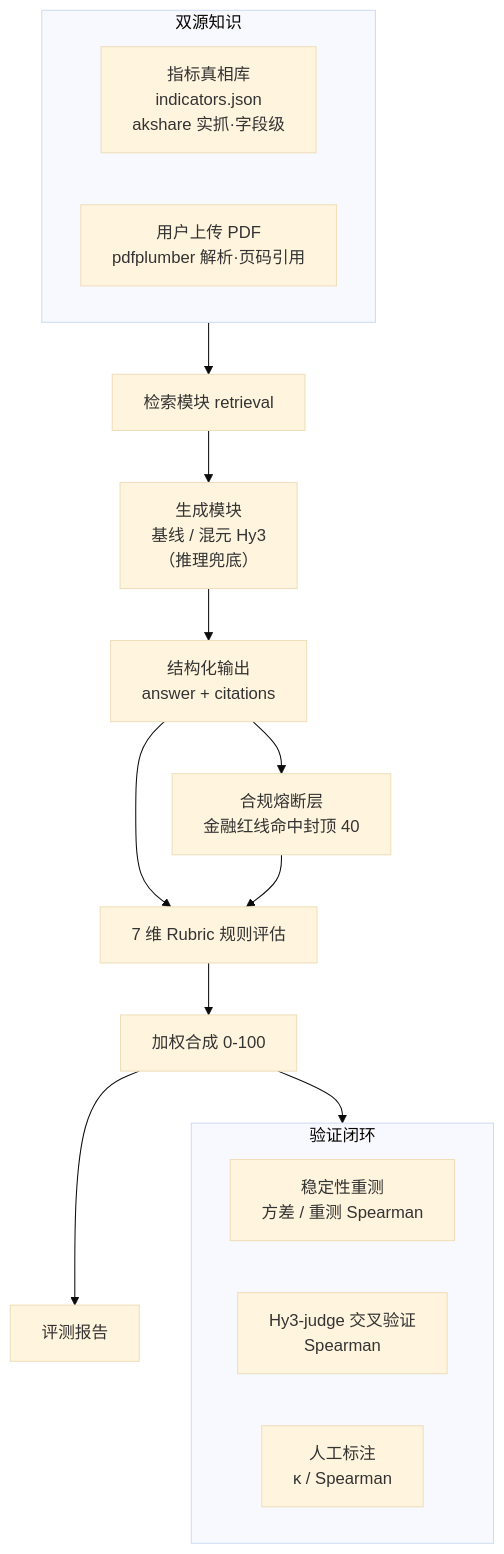
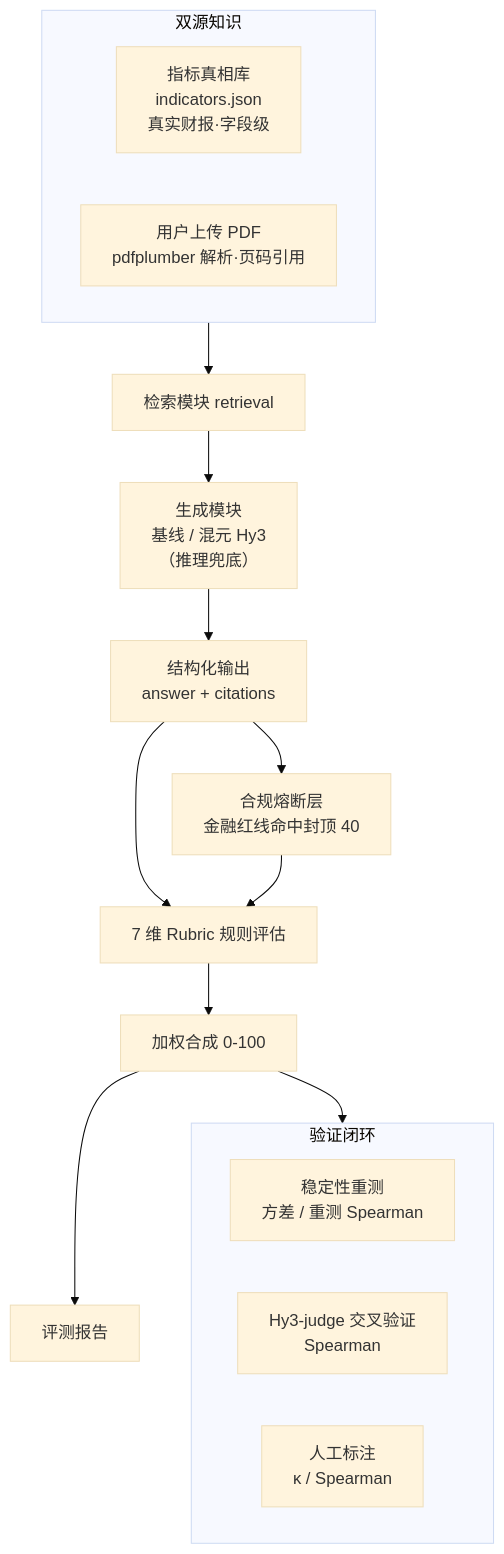
The diagram in README.md (sh1ro676/HyFinEval), drawn with Mermaid (base theme) before and after one commit. The commit also changed other lines of this file and 4 other files, not shown here.

Commit message:
新增腾讯控股(00700.HK)真实年报数据：indicators.json 三年度、data_store 补中文名并放宽代码正则、README 说明港股口径映射

````diff
--- a/README.md
+++ b/README.md
@@ -41,21 +41,21 @@
 ```mermaid
 flowchart TB
     subgraph KNOW[双源知识]
-        IND[指标真相库<br/>indicators.json<br/>akshare 实抓·字段级]
+        IND[指标真相库<br/>indicators.json<br/>真实财报·字段级]
         PDF[用户上传 PDF<br/>pdfplumber 解析·页码引用]
     end
     KNOW --> RET[检索模块 retrieval]
     RET --> GEN[生成模块<br/>基线 / 混元 Hy3<br/>（推理兜底）]
     GEN --> OUT[结构化输出<br/>answer + citations]
     OUT --> COMP[合规熔断层<br/>金融红线命中封顶 40]
     OUT --> RUB[7 维 Rubric 规则评估]
     COMP --> RUB
     RUB --> W[加权合成 0-100]
     subgraph VER[验证闭环]
         S1[稳定性重测<br/>方差 / 重测 Spearman]
         S2[Hy3-judge 交叉验证<br/>Spearman]
         S3[人工标注<br/>κ / Spearman]
     end
     W --> VER
     W --> RPT[评测报告]
 ```
````
